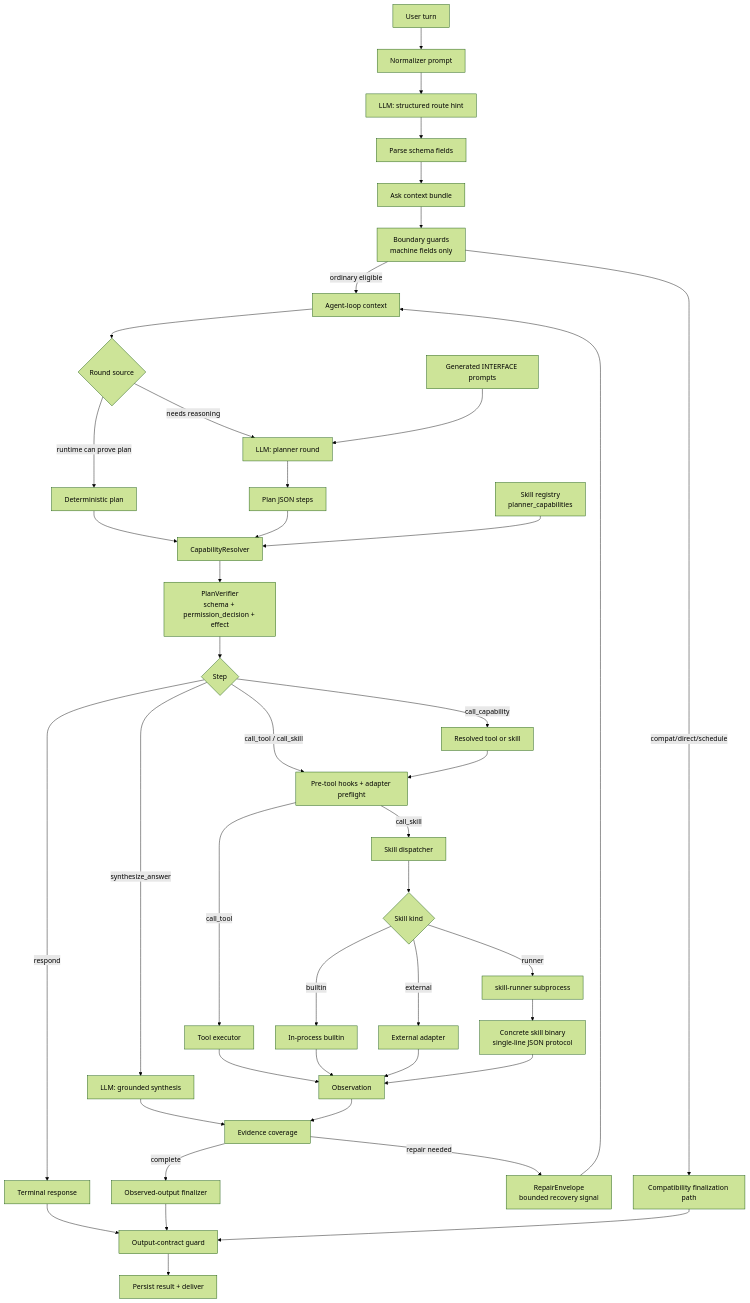
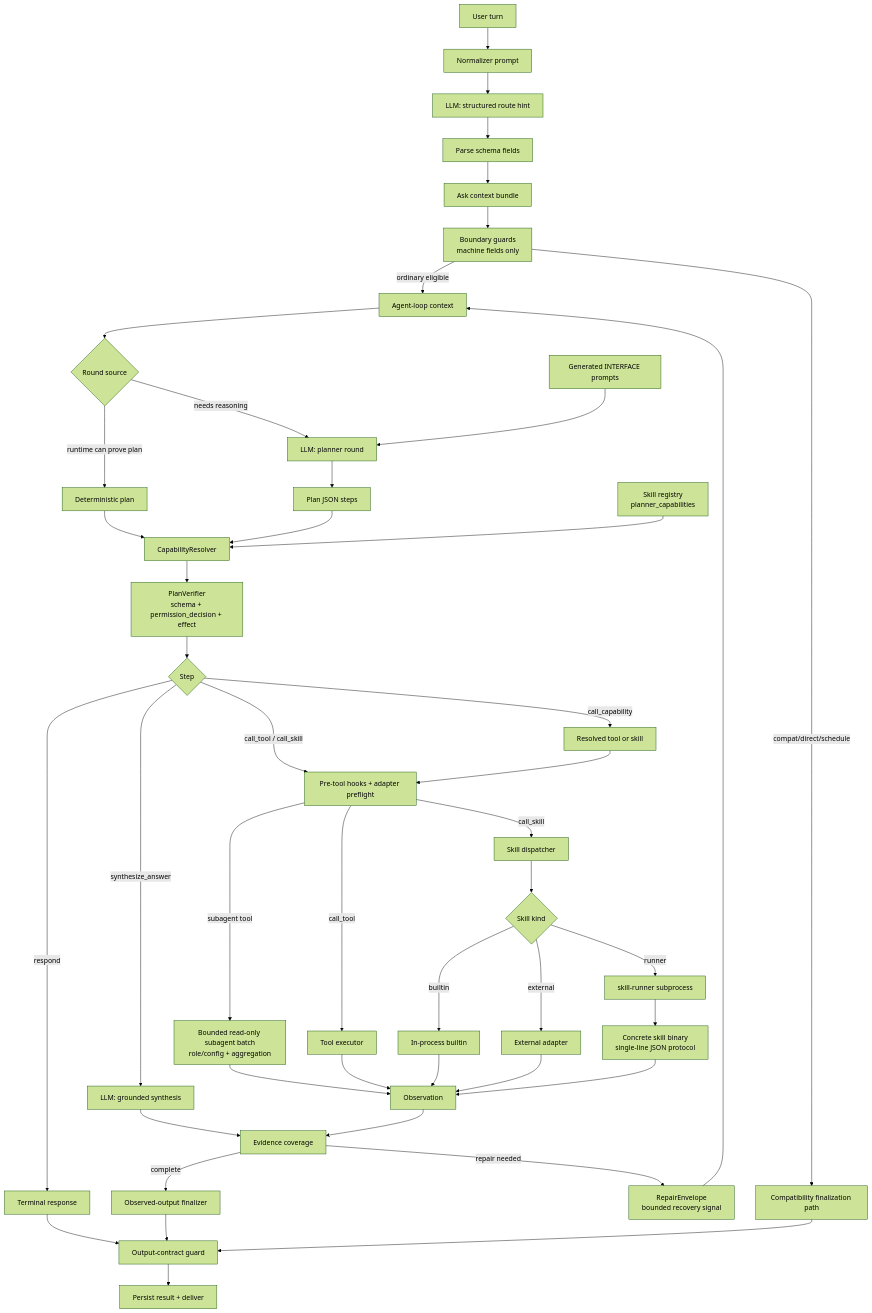
The second of 3 diagrams in README.md (MatrixCoreX/RustClaw), drawn with Mermaid (forest theme) before and after one commit. The commit also changed other lines of this file and 1 other file, not shown here.

Commit message:
Document bounded subagent batch flow

````diff
--- a/README.md
+++ b/README.md
@@ -89,45 +89,47 @@
 ```mermaid
 flowchart TD
     A[User turn] --> B[Normalizer prompt]
     B --> C[LLM: structured route hint]
     C --> D[Parse schema fields]
     D --> E[Ask context bundle]
     E --> F[Boundary guards<br/>machine fields only]
     F -->|ordinary eligible| G[Agent-loop context]
     F -->|compat/direct/schedule| H[Compatibility finalization path]
     G --> I{Round source}
     I -->|runtime can prove plan| J[Deterministic plan]
     I -->|needs reasoning| K[LLM: planner round]
     K --> L[Plan JSON steps]
     J --> M[CapabilityResolver]
     L --> M
     N[Skill registry<br/>planner_capabilities] --> M
     O[Generated INTERFACE prompts] --> K
     M --> P[PlanVerifier<br/>schema + permission_decision + effect]
     P --> Q{Step}
     Q -->|call_capability| R[Resolved tool or skill]
     Q -->|call_tool / call_skill| QA[Pre-tool hooks + adapter preflight]
     R --> QA
+    QA -->|subagent tool| SS[Bounded read-only subagent batch<br/>role/config + aggregation]
     QA -->|call_tool| S[Tool executor]
     QA -->|call_skill| T[Skill dispatcher]
     T --> U{Skill kind}
     U -->|builtin| V[In-process builtin]
     U -->|external| W[External adapter]
     U -->|runner| X[skill-runner subprocess]
     X --> Y[Concrete skill binary<br/>single-line JSON protocol]
+    SS --> Z
     S --> Z[Observation]
     V --> Z
     W --> Z
     Y --> Z
     Q -->|synthesize_answer| ZA[LLM: grounded synthesis]
     Q -->|respond| ZB[Terminal response]
     ZA --> ZC[Evidence coverage]
     Z --> ZC
     ZC -->|repair needed| ZR[RepairEnvelope<br/>bounded recovery signal]
     ZR --> G
     ZC -->|complete| ZD[Observed-output finalizer]
     ZB --> ZE[Output-contract guard]
     ZD --> ZE
     H --> ZE
     ZE --> ZF[Persist result + deliver]
 ```
````
